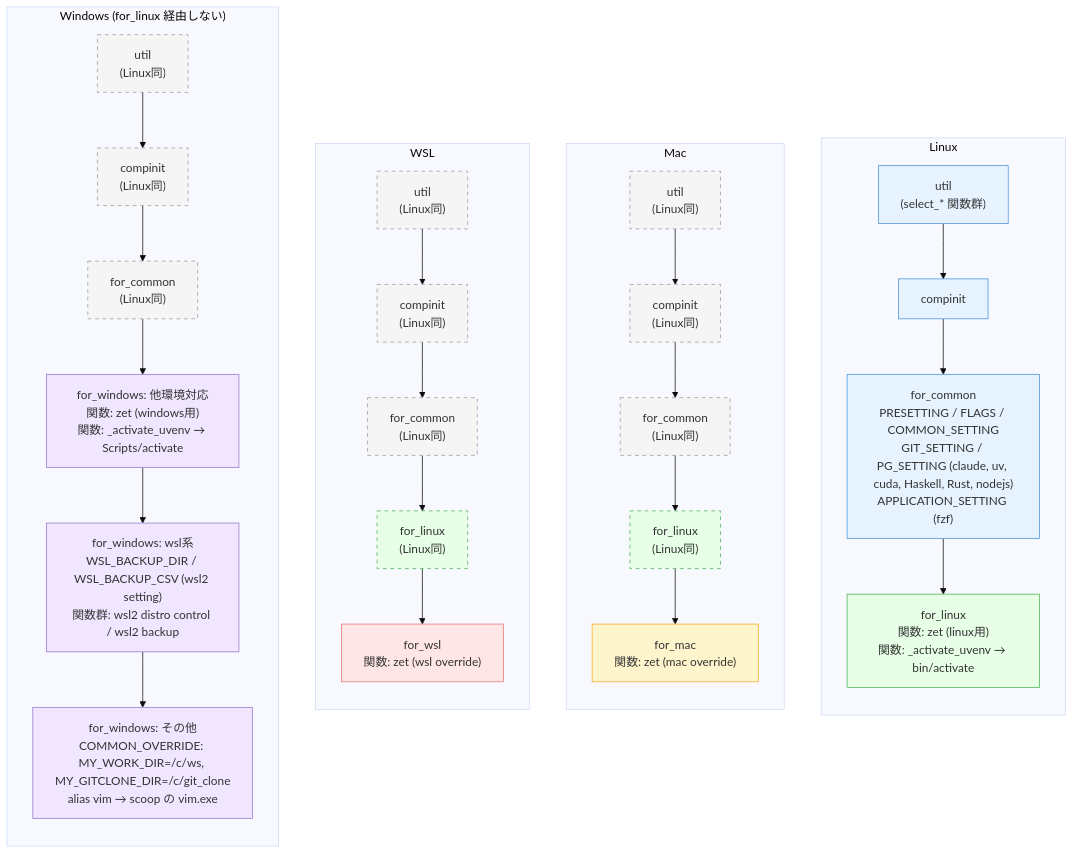
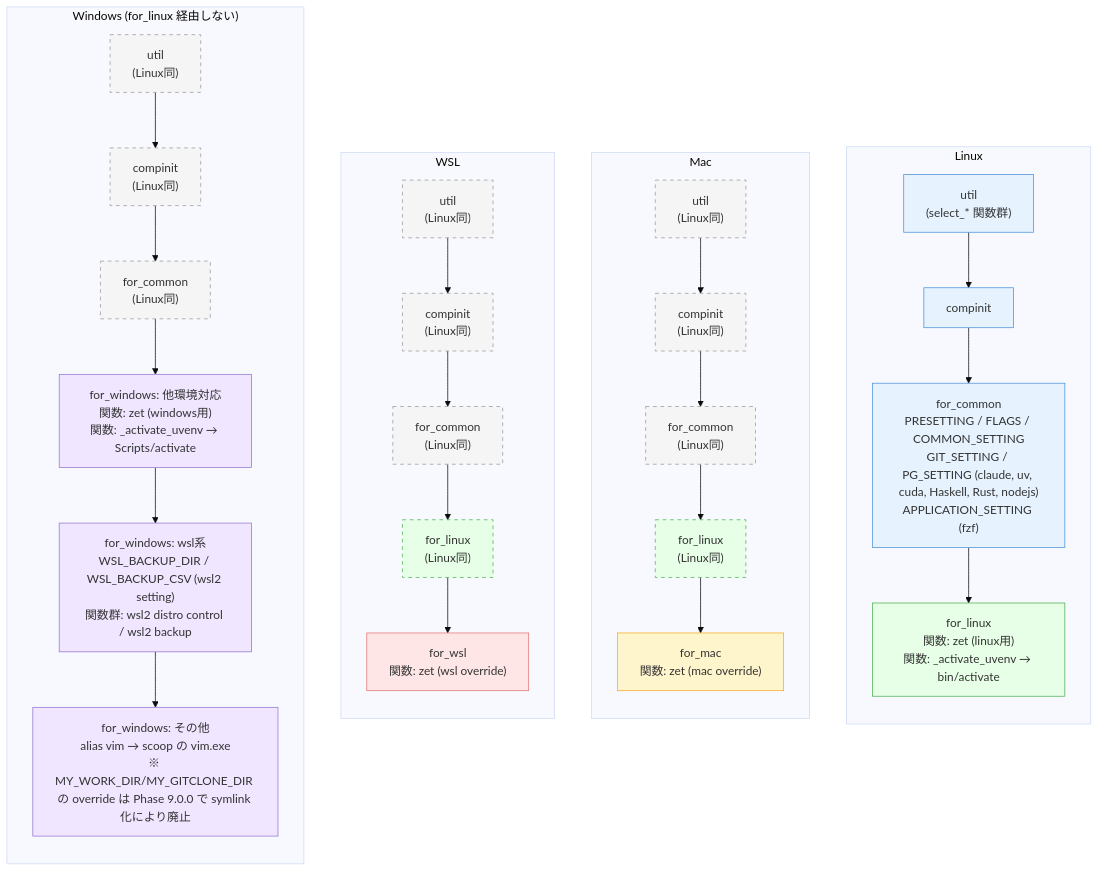
The diagram in LOAD_ORDER.md (honokani/dotfiles), drawn with Mermaid (base theme) before and after one commit. The commit also changed other lines of this file and 6 other files, not shown here.

First line of the commit message:
refactor: Phase 8.1.1 + 9.0.0 - fix init bugs and unify Windows paths via symlink

````diff
--- a/LOAD_ORDER.md
+++ b/LOAD_ORDER.md
@@ -12,50 +12,50 @@
 ```mermaid
 flowchart TB
     classDef common fill:#e6f3ff,stroke:#4a90d9
     classDef linux fill:#e6ffe6,stroke:#4caf50
     classDef linuxSame fill:#e6ffe6,stroke:#4caf50,stroke-dasharray: 5 5
     classDef mac fill:#fff5cc,stroke:#f9a825
     classDef wsl fill:#ffe6e6,stroke:#e57373
     classDef win fill:#f0e6ff,stroke:#9575cd
     classDef same fill:#f5f5f5,stroke:#999,stroke-dasharray: 5 5
 
     subgraph LinuxRoute["Linux"]
         direction TB
         L1["util<br/>(select_* 関数群)"]:::common
         L2["compinit"]:::common
         L3["for_common<br/>PRESETTING / FLAGS / COMMON_SETTING<br/>GIT_SETTING / PG_SETTING (claude, uv, cuda, Haskell, Rust, nodejs)<br/>APPLICATION_SETTING (fzf)"]:::common
         L4["for_linux<br/>関数: zet (linux用)<br/>関数: _activate_uvenv → bin/activate"]:::linux
         L1 --> L2 --> L3 --> L4
     end
 
     subgraph MacRoute["Mac"]
         direction TB
         M1["util<br/>(Linux同)"]:::same
         M2["compinit<br/>(Linux同)"]:::same
         M3["for_common<br/>(Linux同)"]:::same
         M4["for_linux<br/>(Linux同)"]:::linuxSame
         M5["for_mac<br/>関数: zet (mac override)"]:::mac
         M1 --> M2 --> M3 --> M4 --> M5
     end
 
     subgraph WSLRoute["WSL"]
         direction TB
         W1["util<br/>(Linux同)"]:::same
         W2["compinit<br/>(Linux同)"]:::same
         W3["for_common<br/>(Linux同)"]:::same
         W4["for_linux<br/>(Linux同)"]:::linuxSame
         W5["for_wsl<br/>関数: zet (wsl override)"]:::wsl
         W1 --> W2 --> W3 --> W4 --> W5
     end
 
     subgraph WinRoute["Windows (for_linux 経由しない)"]
         direction TB
         Wn1["util<br/>(Linux同)"]:::same
         Wn2["compinit<br/>(Linux同)"]:::same
         Wn3["for_common<br/>(Linux同)"]:::same
         Wn4a["for_windows: 他環境対応<br/>関数: zet (windows用)<br/>関数: _activate_uvenv → Scripts/activate"]:::win
         Wn4b["for_windows: wsl系<br/>WSL_BACKUP_DIR / WSL_BACKUP_CSV (wsl2 setting)<br/>関数群: wsl2 distro control / wsl2 backup"]:::win
-        Wn4c["for_windows: その他<br/>COMMON_OVERRIDE: MY_WORK_DIR=/c/ws, MY_GITCLONE_DIR=/c/git_clone<br/>alias vim → scoop の vim.exe"]:::win
+        Wn4c["for_windows: その他<br/>alias vim → scoop の vim.exe<br/>※ MY_WORK_DIR/MY_GITCLONE_DIR の override は Phase 9.0.0 で symlink 化により廃止"]:::win
         Wn1 --> Wn2 --> Wn3 --> Wn4a --> Wn4b --> Wn4c
     end
 ```
````
